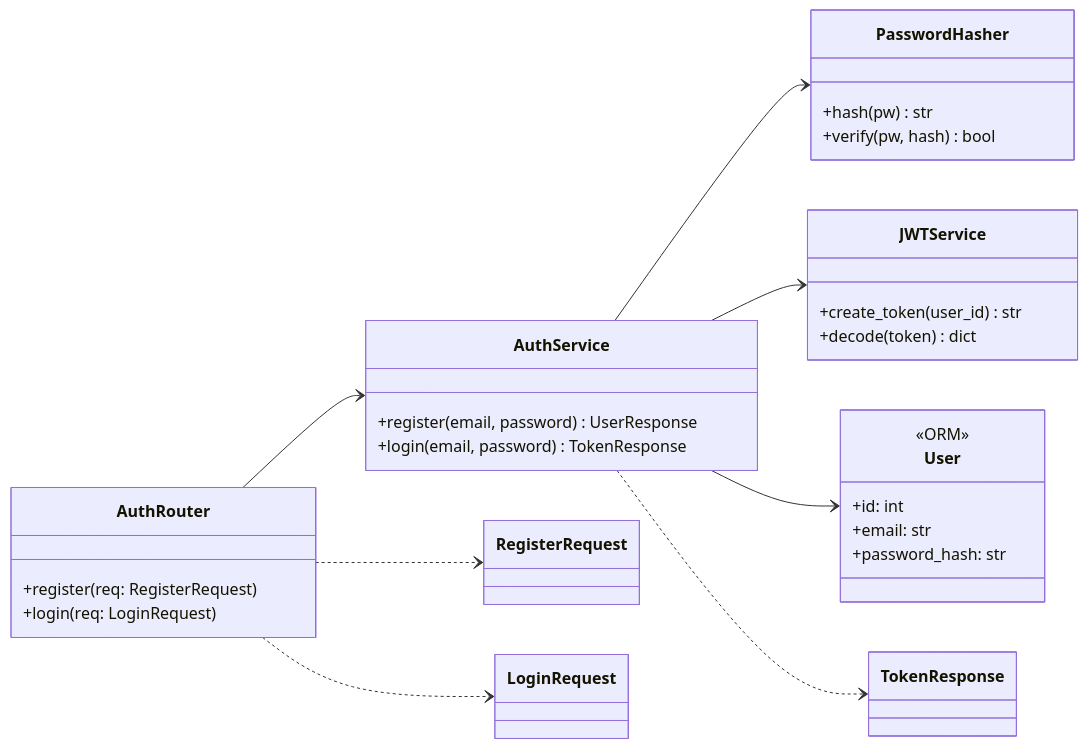
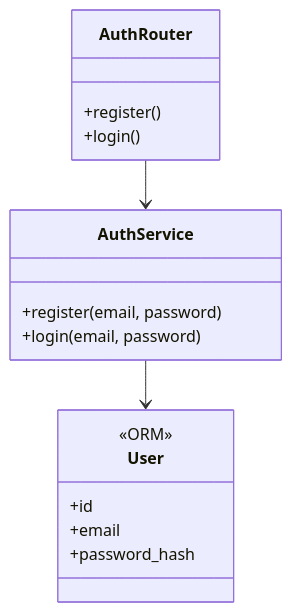
Before and after one commit to Tooltu-deve/Autonomous-Career-Agent: the third of 9 diagrams in docs/CLASS_DIAGRAM.md, drawn with Mermaid. The commit also changed other lines of this file, not shown here.

Commit message:
docs: simplify class diagrams to core classes per component

````diff
--- a/docs/CLASS_DIAGRAM.md
+++ b/docs/CLASS_DIAGRAM.md
@@ -133,37 +85,19 @@
 ```mermaid
 classDiagram
-    direction LR
     class AuthRouter {
-        +register(req: RegisterRequest)
-        +login(req: LoginRequest)
+        +register()
+        +login()
     }
     class AuthService {
-        +register(email, password) UserResponse
-        +login(email, password) TokenResponse
-    }
-    class PasswordHasher {
-        +hash(pw) str
-        +verify(pw, hash) bool
-    }
-    class JWTService {
-        +create_token(user_id) str
-        +decode(token) dict
+        +register(email, password)
+        +login(email, password)
     }
     class User {
         <<ORM>>
-        +id: int
-        +email: str
-        +password_hash: str
+        +id
+        +email
+        +password_hash
     }
-    class RegisterRequest
-    class LoginRequest
-    class TokenResponse
-
     AuthRouter --> AuthService
-    AuthService --> PasswordHasher
-    AuthService --> JWTService
     AuthService --> User
-    AuthRouter ..> RegisterRequest
-    AuthRouter ..> LoginRequest
-    AuthService ..> TokenResponse
 ```
````
